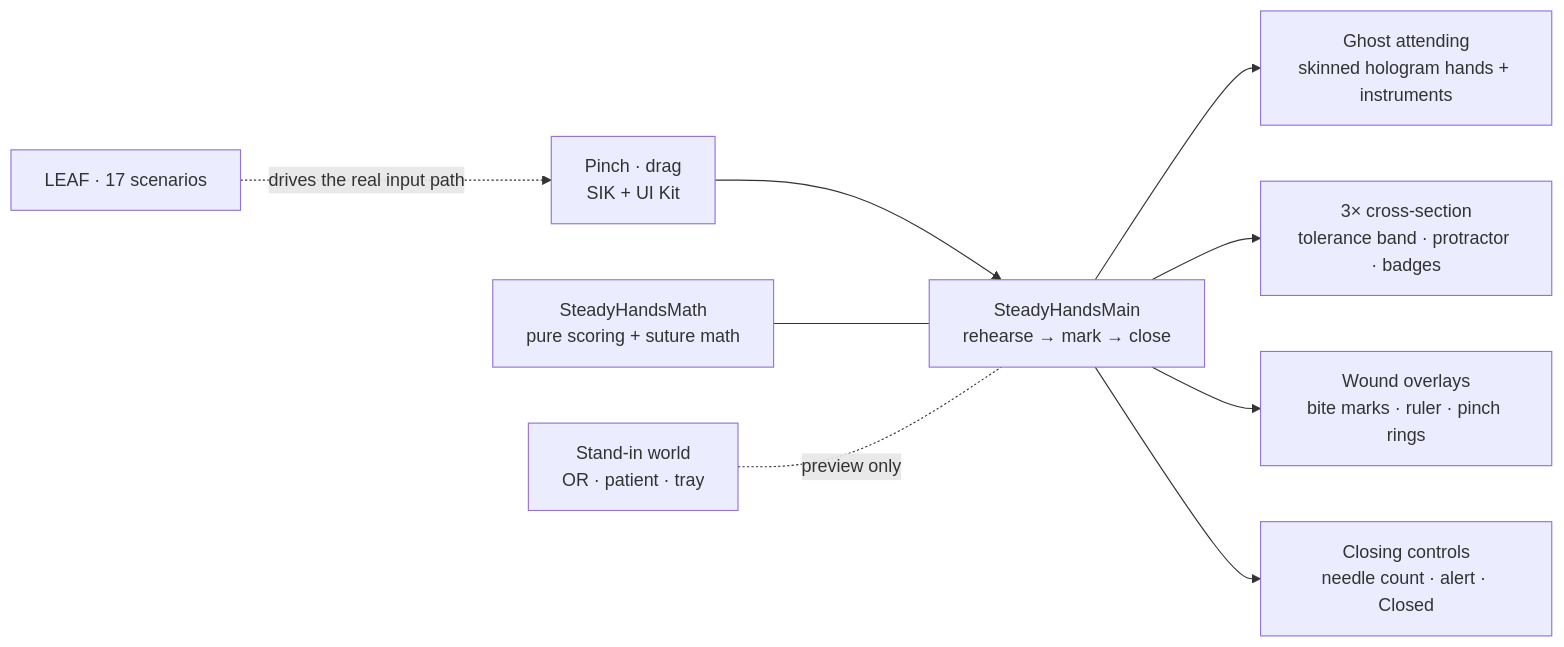
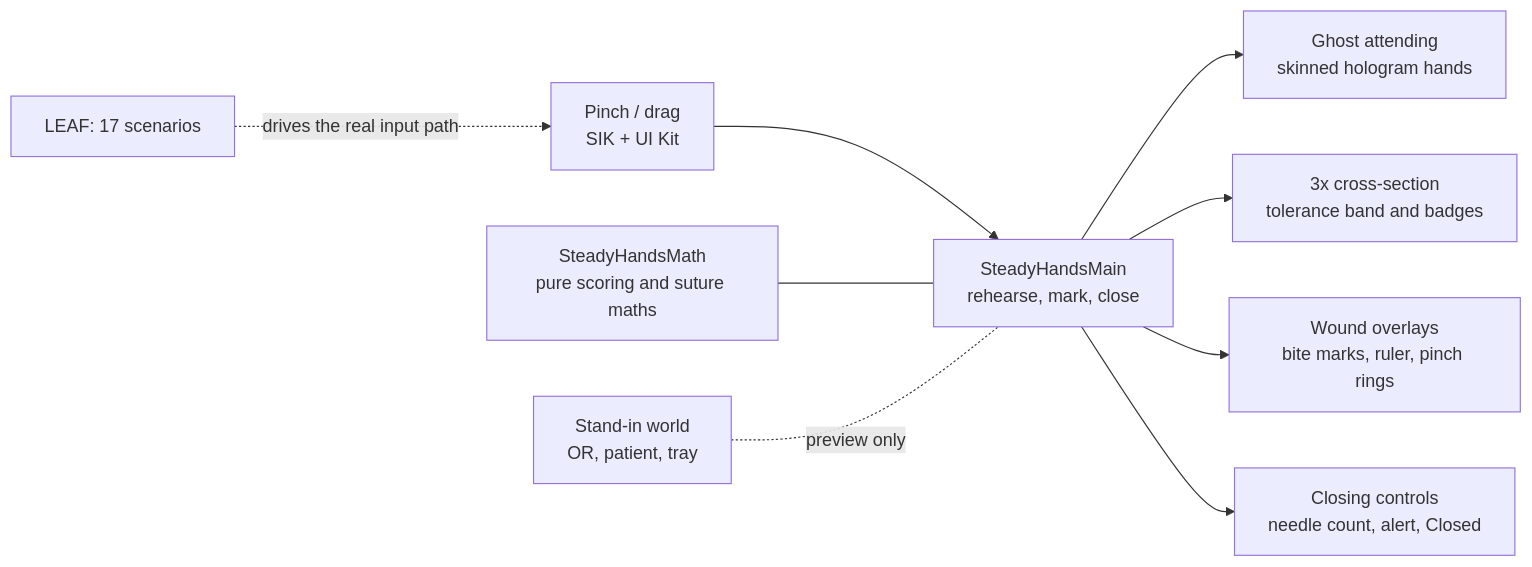
The diagram in README.md (GauravS11112003/TheSteadyHands), drawn with Mermaid before and after one commit.

Commit message:
README: fix architecture diagram

````diff
--- a/README.md
+++ b/README.md
@@ -144,11 +144,11 @@
 ```mermaid
 flowchart LR
-    I[Pinch · drag<br/>SIK + UI Kit] --> M[SteadyHandsMain<br/>rehearse → mark → close]
-    F[SteadyHandsMath<br/>pure scoring + suture math] --- M
-    M --> G[Ghost attending<br/>skinned hologram hands + instruments]
-    M --> X[3× cross-section<br/>tolerance band · protractor · badges]
-    M --> P[Wound overlays<br/>bite marks · ruler · pinch rings]
-    M --> C[Closing controls<br/>needle count · alert · Closed]
-    S[Stand-in world<br/>OR · patient · tray] -.preview only.- M
-    L[LEAF · 17 scenarios] -.drives the real input path.-> I
+    I["Pinch / drag<br/>SIK + UI Kit"] --> M["SteadyHandsMain<br/>rehearse, mark, close"]
+    F["SteadyHandsMath<br/>pure scoring and suture maths"] --- M
+    M --> G["Ghost attending<br/>skinned hologram hands"]
+    M --> X["3x cross-section<br/>tolerance band and badges"]
+    M --> P["Wound overlays<br/>bite marks, ruler, pinch rings"]
+    M --> C["Closing controls<br/>needle count, alert, Closed"]
+    S["Stand-in world<br/>OR, patient, tray"] -. preview only .- M
+    L["LEAF: 17 scenarios"] -. drives the real input path .-> I
 ```
````
